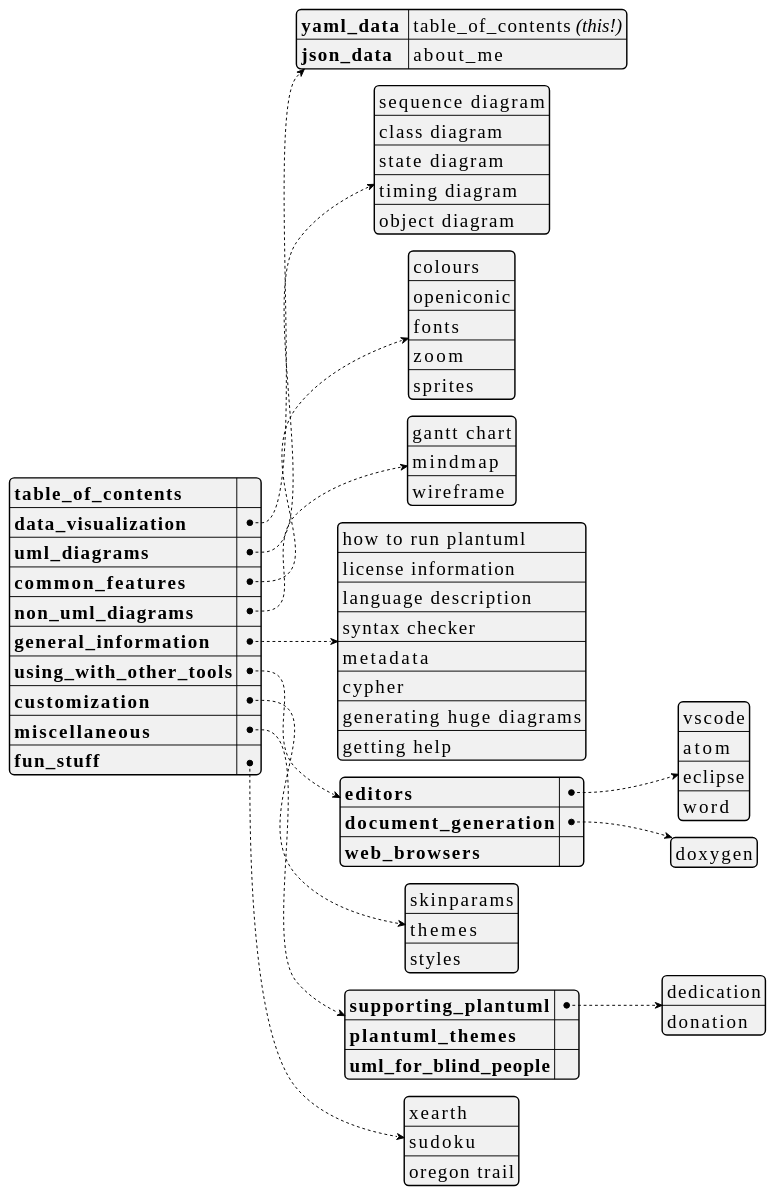
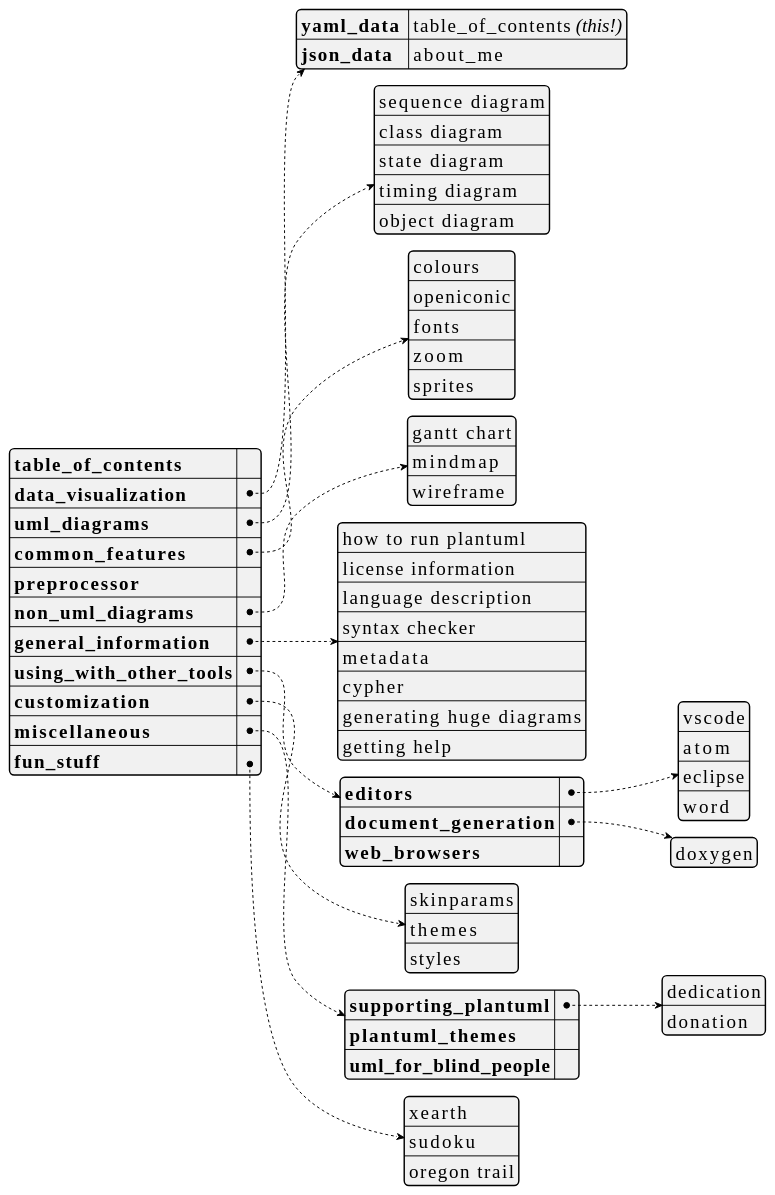
Before and after one commit to dragondive/heavens-arena: the first of 35 diagrams in plantuml_demo.md, drawn with PlantUML. The commit also changed other lines of this file, not shown here.

````diff
--- a/plantuml_demo.md
+++ b/plantuml_demo.md
@@ -27,75 +27,76 @@
 ```plantuml
 @startyaml
 <style>
 yamlDiagram {
     node {
         ' use a constant width font because that's what developers do.
         FontName Consolas
         FontSize 20
     }
 }
 </style>
 
 /'TODO:
 It would be cool to hyperlink the entries in the table_of_contents to the
 respective section in the document. Not only would it further accentuate the
 [Medium Awareness](https://tvtropes.org/pmwiki/pmwiki.php/Main/MediumAwareness)
 of this yaml document, but also augment the
 [Anachronic Order](https://tvtropes.org/pmwiki/pmwiki.php/Main/AnachronicOrder)
 of the outer markdown document.
 '/
 
 **table_of_contents**: ""  /' workaround: empty string here to avoid dummy link '/
 data_visualization:
     yaml_data : table_of_contents //(this!)//
     json_data : about_me
 uml_diagrams:
     - sequence diagram
     - class diagram
     - state diagram
     - timing diagram
     - object diagram
 common_features:
     - colours
     - openiconic
     - fonts
     - zoom
     - sprites
+preprocessor: ""
 non_uml_diagrams:
     - gantt chart
     - mindmap
     - wireframe
 general_information:
     - how to run plantuml
     - license information
     - language description
     - syntax checker
     - metadata
     - cypher
     - generating huge diagrams
     - getting help
 using_with_other_tools:
     editors:
         - vscode
         - atom
         - eclipse
         - word
     document_generation:
         - doxygen
     web_browsers: ""
 customization:
     - skinparams
     - themes
     - styles
 miscellaneous:
     supporting_plantuml:
         - dedication
         - donation
     plantuml_themes: ""
     uml_for_blind_people: ""
 fun_stuff:
     - xearth
     - sudoku
     - oregon trail
 @endyaml
 ```
````
